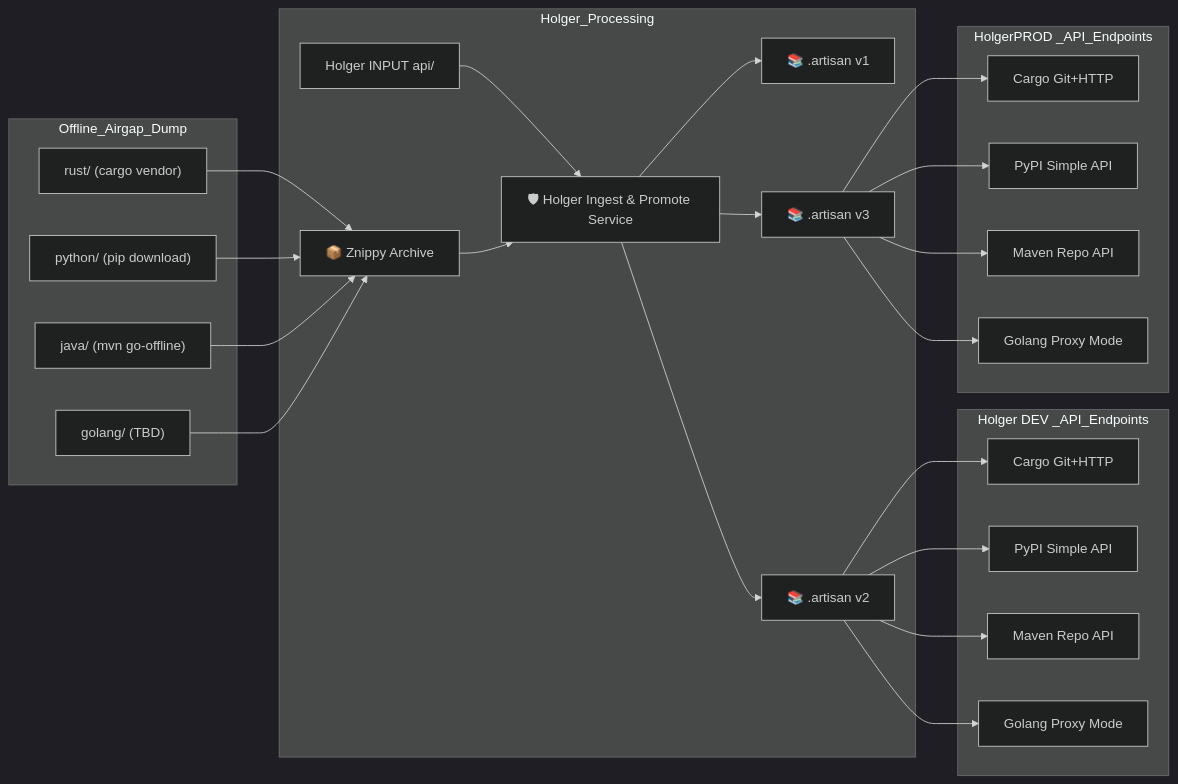
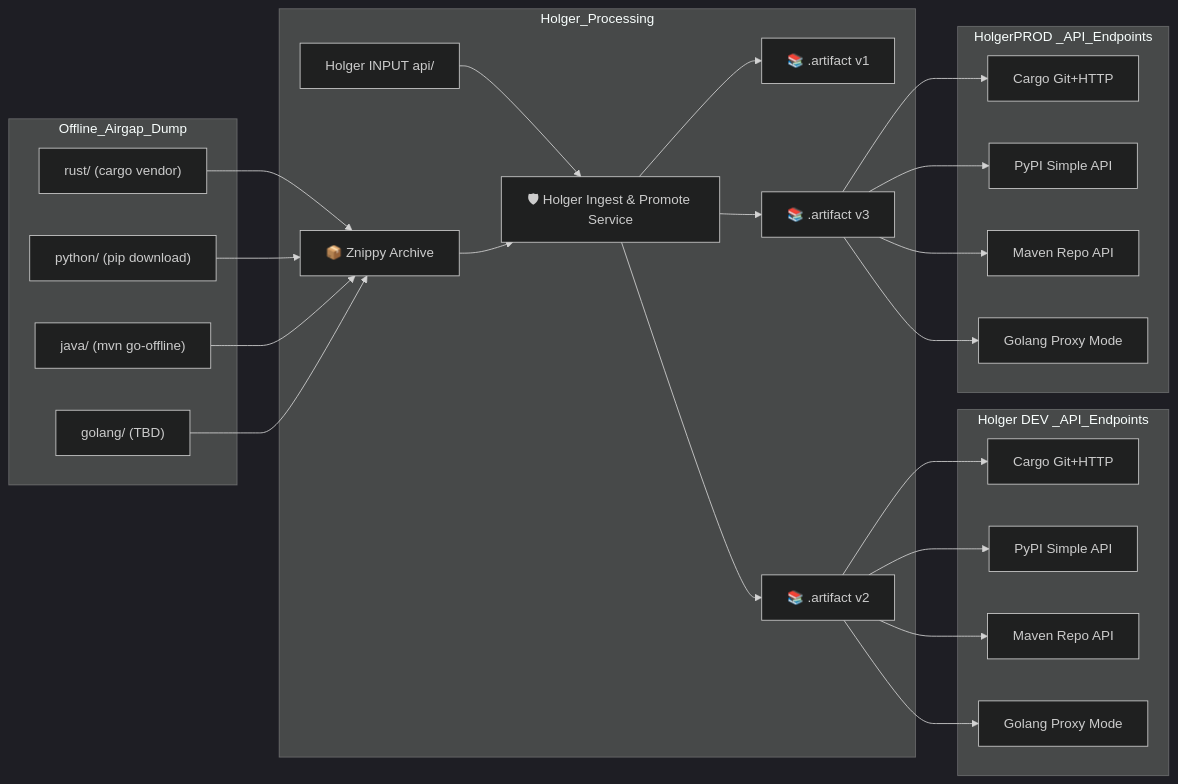
Before and after one commit to Ignalina/holger: the first of 2 diagrams in README.md, drawn with Mermaid (dark theme). The commit also changed other lines of this file and 5 other files, not shown here.

````diff
--- a/README.md
+++ b/README.md
@@ -39,50 +39,50 @@
 ```mermaid
 flowchart LR
 
 %% Step 1: Airgap dump
 subgraph Offline_Airgap_Dump
     RUST["rust/ (cargo vendor)"]
     PYTHON["python/ (pip download)"]
     JAVA["java/ (mvn go-offline)"]
     GO["golang/ (TBD)"]
 end
 
 RUST --> ZNIPPY["📦 Znippy Archive"]
 PYTHON --> ZNIPPY
 JAVA --> ZNIPPY
 GO --> ZNIPPY
 
 %% Step 2: Holger Ingestion
 subgraph Holger_Processing
     INPUTAPI["Holger INPUT api/"] --> HOLGER["🛡 Holger Ingest & Promote Service"]
     ZNIPPY --> HOLGER
-    HOLGER --> ARTISAN_V1["📚 .artisan v1"]
-    HOLGER --> ARTISAN_V2["📚 .artisan v2"]
-    HOLGER --> ARTISAN_V3["📚 .artisan v3"]
+    HOLGER --> artifact_V1["📚 .artifact v1"]
+    HOLGER --> artifact_V2["📚 .artifact v2"]
+    HOLGER --> artifact_V3["📚 .artifact v3"]
 end
 
 %% Step 3: Holger Serving via APIs
 subgraph Holger DEV _API_Endpoints
     CARGO_dev["Cargo Git+HTTP"]
     PIP_dev["PyPI Simple API"]
     MAVEN_dev["Maven Repo API"]
     GOPROXY_dev["Golang Proxy Mode"]
 end
 
 subgraph HolgerPROD _API_Endpoints
     CARGO_prod["Cargo Git+HTTP"]
     PIP_prod["PyPI Simple API"]
     MAVEN_prod["Maven Repo API"]
     GOPROXY_prod["Golang Proxy Mode"]
 end
 
-ARTISAN_V2 --> CARGO_dev
-ARTISAN_V2 --> PIP_dev
-ARTISAN_V2 --> MAVEN_dev
-ARTISAN_V2 --> GOPROXY_dev
+artifact_V2 --> CARGO_dev
+artifact_V2 --> PIP_dev
+artifact_V2 --> MAVEN_dev
+artifact_V2 --> GOPROXY_dev
 
-ARTISAN_V3 --> CARGO_prod
-ARTISAN_V3 --> PIP_prod
-ARTISAN_V3 --> MAVEN_prod
-ARTISAN_V3 --> GOPROXY_prod
+artifact_V3 --> CARGO_prod
+artifact_V3 --> PIP_prod
+artifact_V3 --> MAVEN_prod
+artifact_V3 --> GOPROXY_prod
 ```
````
